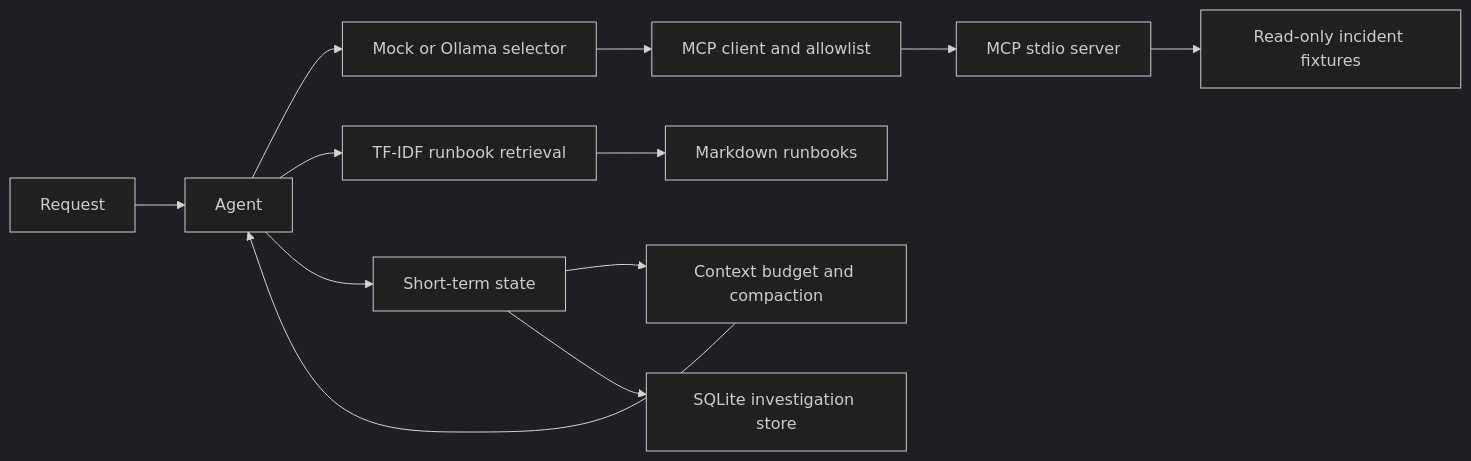
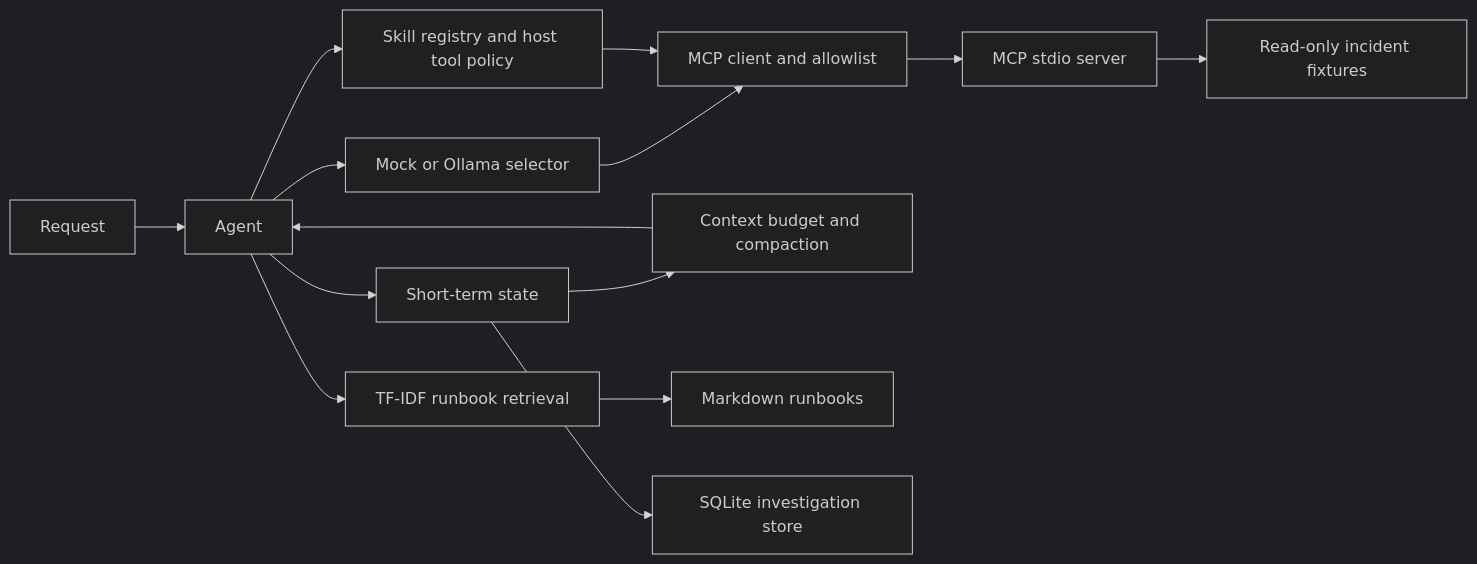
One commit to karitselmuthu/Enterprise-Agent-Engineering-Evaluation changed the diagram in docs/architecture.md. Above: the diagram before and after it, drawn with Mermaid (dark theme). The commit also changed other lines of this file and 12 other files, not shown here.

````diff
--- a/docs/architecture.md
+++ b/docs/architecture.md
@@ -3,14 +3,16 @@
 ```mermaid
 flowchart LR
     Request --> Agent
     Agent --> Selector[Mock or Ollama selector]
     Selector --> MCPClient[MCP client and allowlist]
     MCPClient --> MCPServer[MCP stdio server]
     MCPServer --> Fixtures[Read-only incident fixtures]
     Agent --> Retrieval[TF-IDF runbook retrieval]
     Memory --> Compaction[Context budget and compaction]
     Compaction --> Agent
+    Agent --> Skills[Skill registry and host tool policy]
+    Skills --> MCPClient
     Retrieval --> Runbooks[Markdown runbooks]
     Agent --> Memory[Short-term state]
     Memory --> SQLite[SQLite investigation store]
 ```
````
